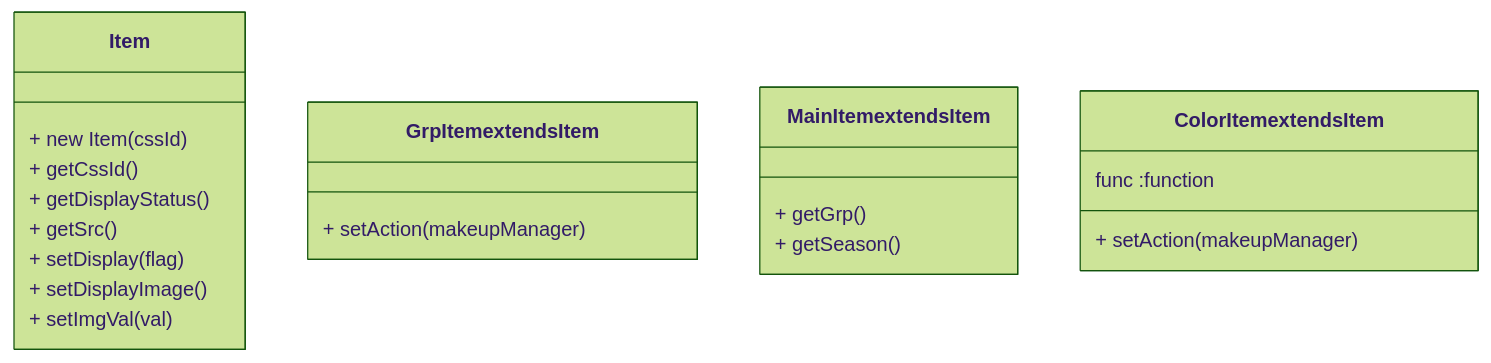
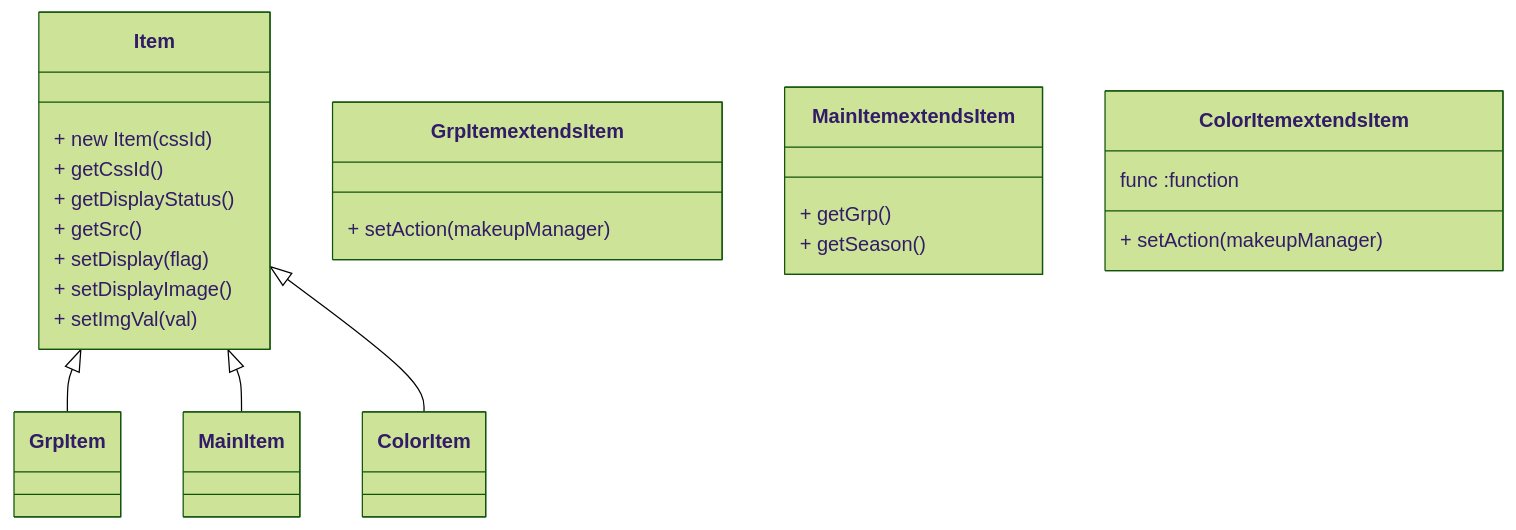
The second of 2 diagrams in classDiagram.md (data2coordi/pub_makeup), drawn with Mermaid (forest theme) before and after one commit.

````diff
--- a/classDiagram.md
+++ b/classDiagram.md
@@ -43,26 +43,31 @@
 ```mermaid
 classDiagram
 class Item {
 + new Item(cssId)
 + getCssId()
 + getDisplayStatus()
 + getSrc()
 + setDisplay(flag)
 + setDisplayImage()
 + setImgVal(val)
 }
 
 class GrpItem extends Item {
 + setAction(makeupManager)
 }
 
 class MainItem extends Item {
 + getGrp()
 + getSeason()
 }
 
 class ColorItem extends Item {
 func :function
 + setAction(makeupManager)
 }
+
+
+Item <|-- GrpItem
+Item <|-- MainItem
+Item <|-- ColorItem
 ```
````
